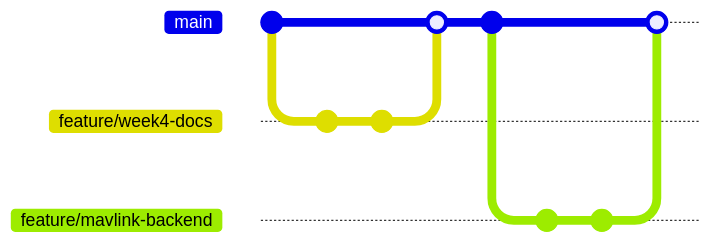
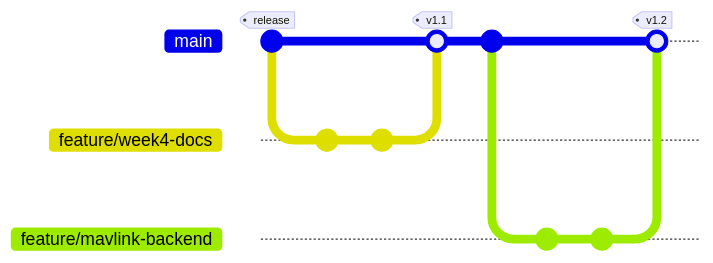
Before and after one commit to Innopolis-Robotics-Society/the_blimp_swp: the diagram in docs/development-process.md, drawn with Mermaid. The commit also changed other lines of this file, not shown here. Commit ids are hidden.

````diff
--- a/docs/development-process.md
+++ b/docs/development-process.md
@@ -7,17 +7,17 @@
 ```mermaid
 gitGraph
-    commit
+    commit id: "v1.0" tag: "release"
     branch feature/week4-docs
     checkout feature/week4-docs
-    commit
-    commit
+    commit id: "add docs"
+    commit id: "fix typos"
     checkout main
-    merge feature/week4-docs
-    commit
+    merge feature/week4-docs id: "merge docs" tag: "v1.1"
+    commit id: "hotfix"
     branch feature/mavlink-backend
     checkout feature/mavlink-backend
-    commit
-    commit
+    commit id: "add mavlink"
+    commit id: "tests"
     checkout main
-    merge feature/mavlink-backend
+    merge feature/mavlink-backend id: "merge backend" tag: "v1.2"
 ```
````
